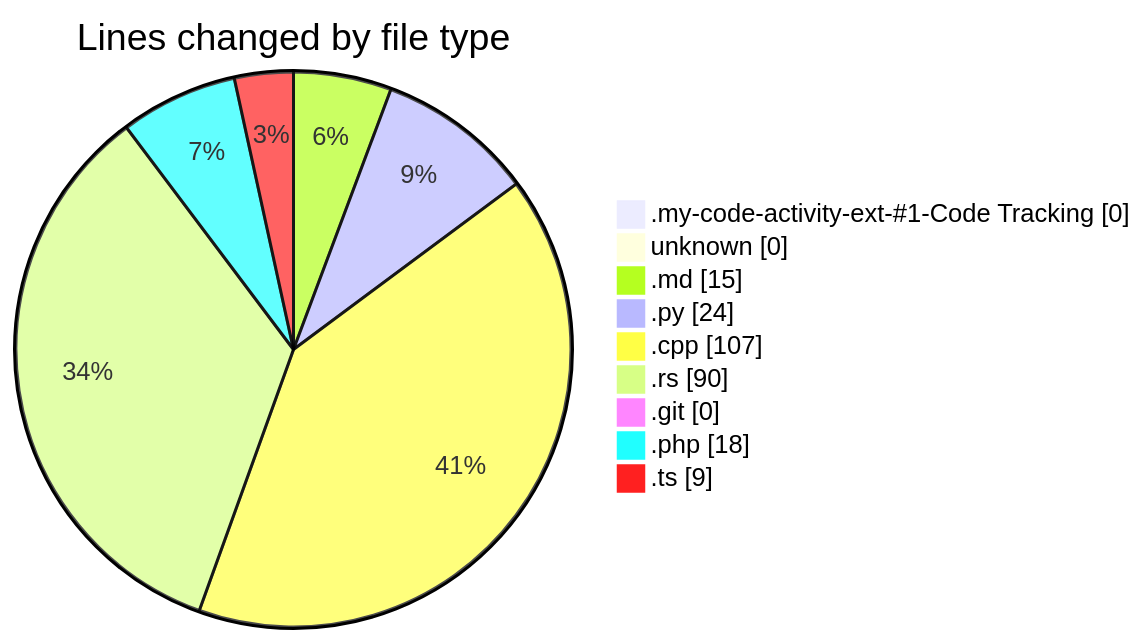
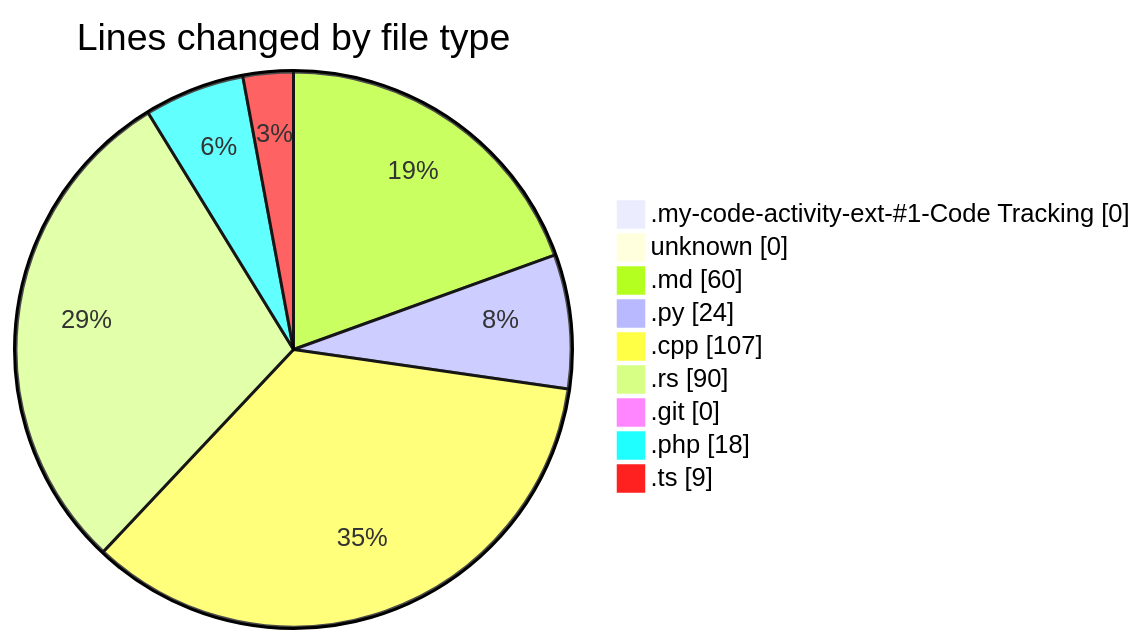
The first of 2 diagrams in repositories/2024-12-26/leetcode-solutions/README.md (ernivani/code-tracking), drawn with Mermaid before and after one commit. The commit also changed other lines of this file and 1 other file, not shown here.

````diff
--- a/repositories/2024-12-26/leetcode-solutions/README.md
+++ b/repositories/2024-12-26/leetcode-solutions/README.md
@@ -34,13 +35,13 @@
 ```mermaid
 pie showData
 title Lines changed by file type
 ".my-code-activity-ext-#1-Code Tracking" : 0
 "unknown" : 0
-".md" : 15
+".md" : 60
 ".py" : 24
 ".cpp" : 107
 ".rs" : 90
 ".git" : 0
 ".php" : 18
 ".ts" : 9
 ```
````
